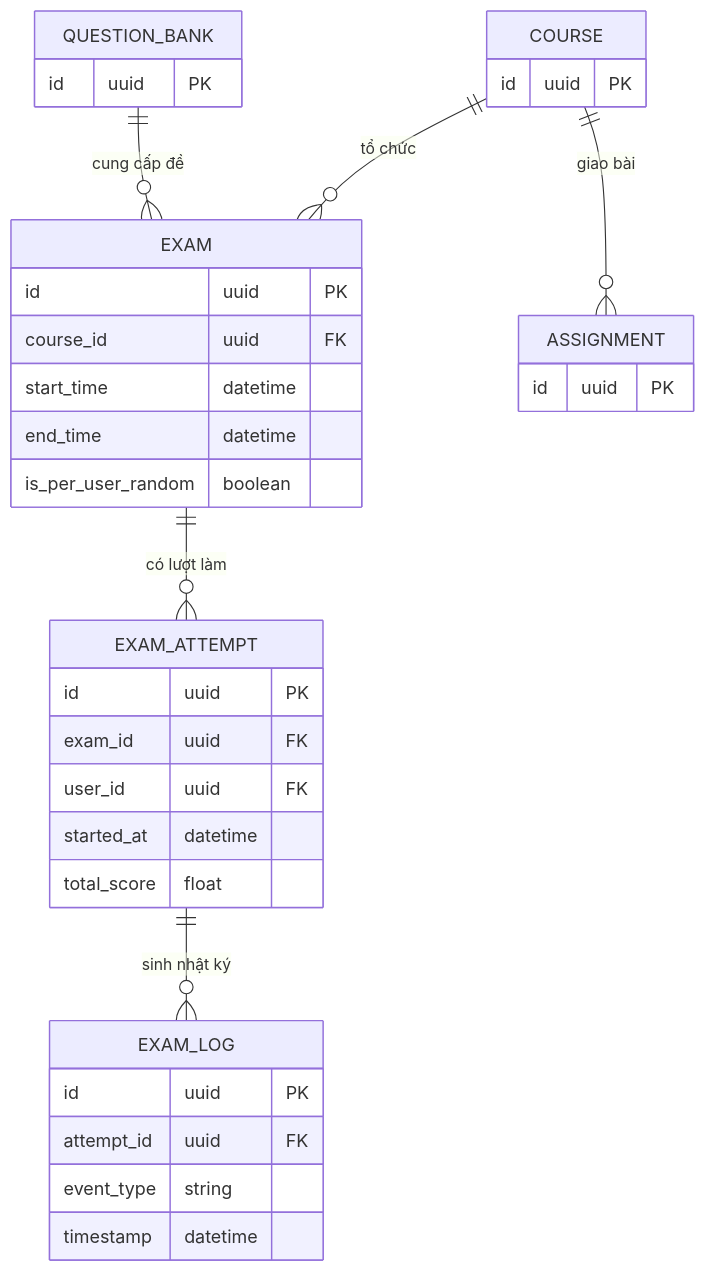
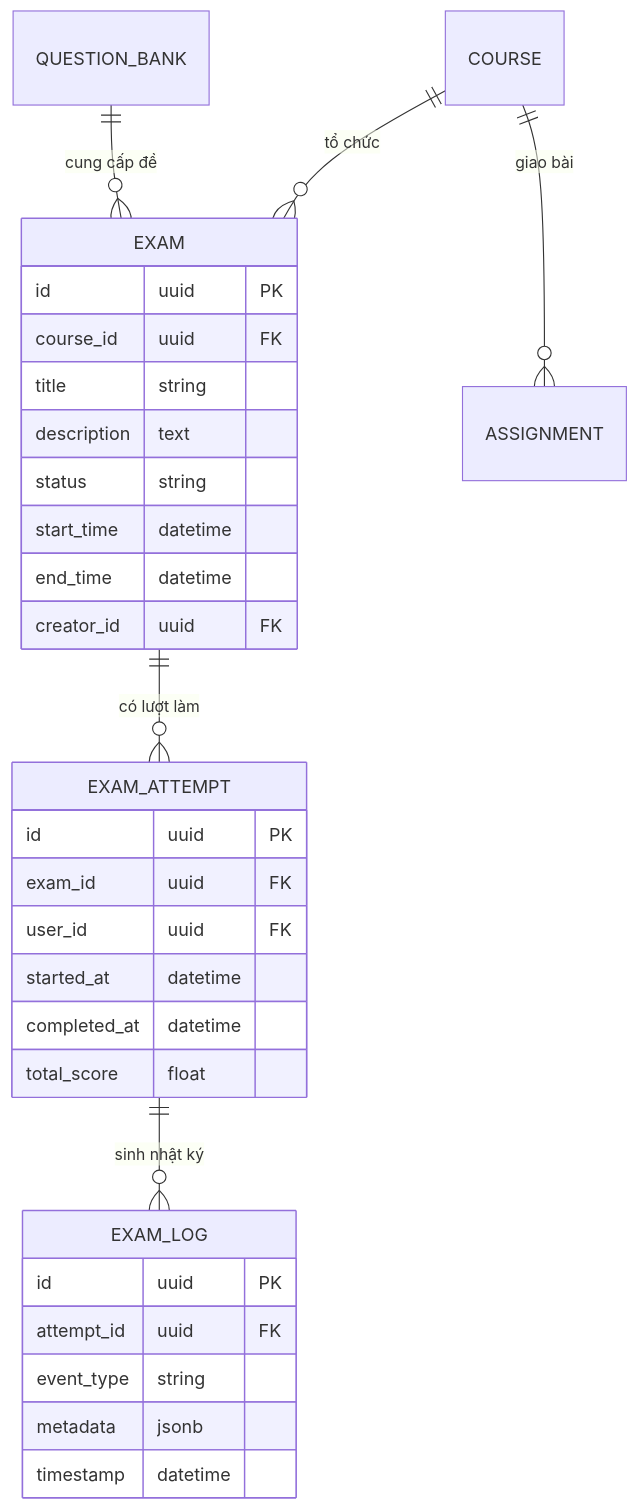
One commit to ARPHAM/codelearn-fe changed the third of 7 diagrams in CodeLearn_BaoCao/03_Chapter_3_Design.md. Above: the diagram before and after it, drawn with Mermaid. The commit also changed other lines of this file and 2 other files, not shown here.

````diff
--- a/CodeLearn_BaoCao/03_Chapter_3_Design.md
+++ b/CodeLearn_BaoCao/03_Chapter_3_Design.md
@@ -256,38 +276,34 @@
 ```mermaid
 erDiagram
     COURSE ||--o{ EXAM : "tổ chức"
     COURSE ||--o{ ASSIGNMENT : "giao bài"
     QUESTION_BANK ||--o{ EXAM : "cung cấp đề"
     EXAM ||--o{ EXAM_ATTEMPT : "có lượt làm"
     EXAM_ATTEMPT ||--o{ EXAM_LOG : "sinh nhật ký"
 
     EXAM {
         id uuid PK
         course_id uuid FK
+        title string
+        description text
+        status string
         start_time datetime
         end_time datetime
-        is_per_user_random boolean
+        creator_id uuid FK
     }
     EXAM_ATTEMPT {
         id uuid PK
         exam_id uuid FK
         user_id uuid FK
         started_at datetime
+        completed_at datetime
         total_score float
     }
     EXAM_LOG {
         id uuid PK
         attempt_id uuid FK
         event_type string
+        metadata jsonb
         timestamp datetime
     }
-    COURSE {
-        id uuid PK
-    }
-    ASSIGNMENT {
-        id uuid PK
-    }
-    QUESTION_BANK {
-        id uuid PK
-    }
 ```
````
